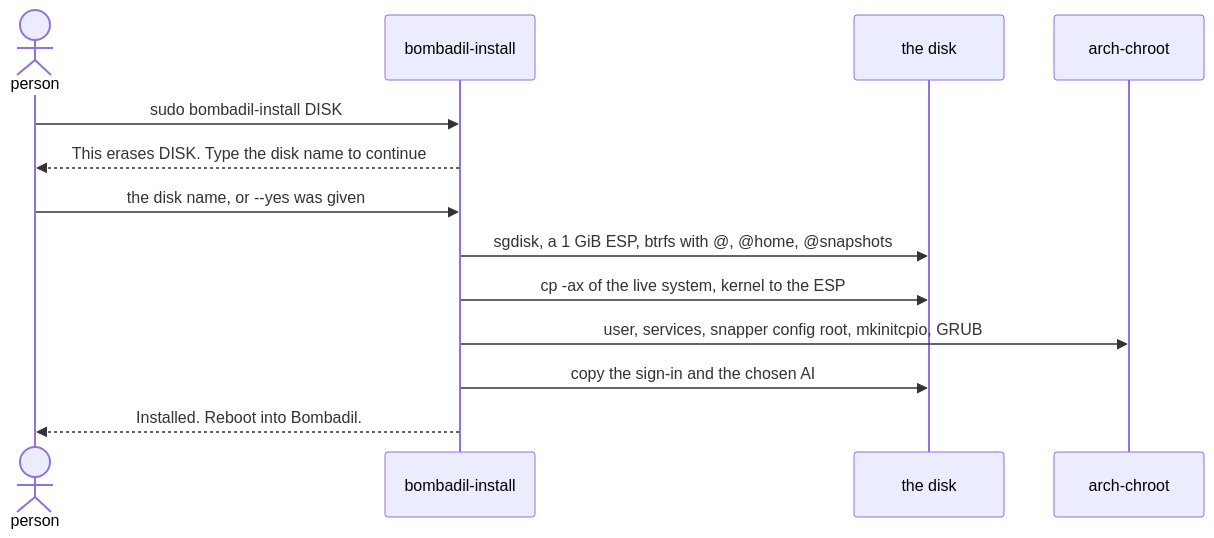
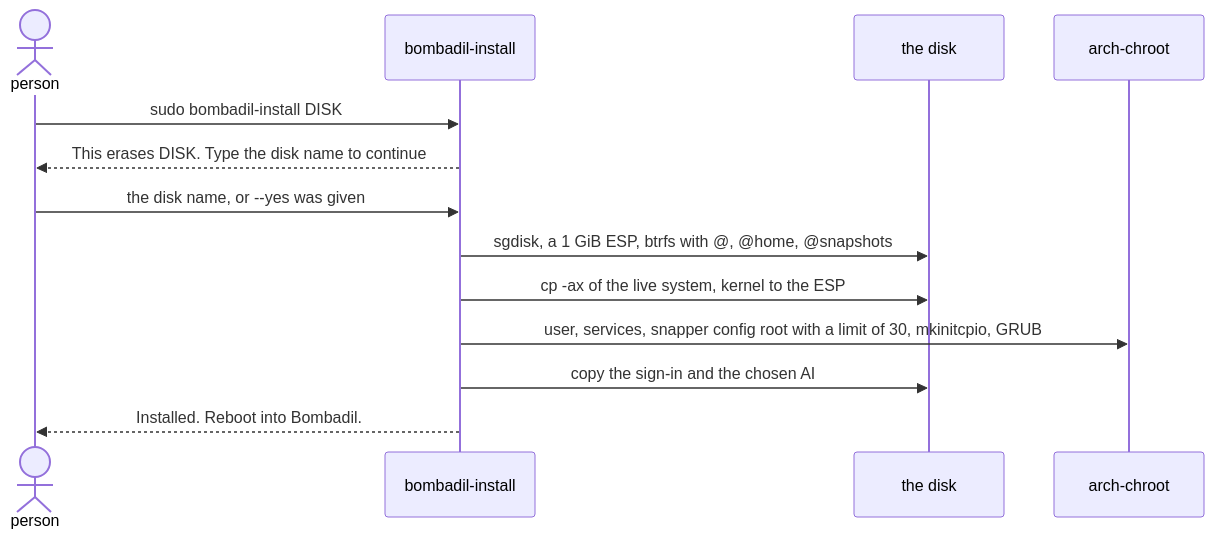
Before and after one commit to thedefaultman/Bombadil: diagram 13 of 16 in docs/ux/flows.md, drawn with Mermaid. The commit also changed other lines of this file and 31 other files, not shown here.

````diff
--- a/docs/ux/flows.md
+++ b/docs/ux/flows.md
@@ -599,15 +620,15 @@
 ```mermaid
 sequenceDiagram
     actor U as person
     participant I as bombadil-install
     participant D as the disk
     participant C as arch-chroot
     U->>I: sudo bombadil-install DISK
     I-->>U: This erases DISK. Type the disk name to continue
     U->>I: the disk name, or --yes was given
     I->>D: sgdisk, a 1 GiB ESP, btrfs with @, @home, @snapshots
     I->>D: cp -ax of the live system, kernel to the ESP
-    I->>C: user, services, snapper config root, mkinitcpio, GRUB
+    I->>C: user, services, snapper config root with a limit of 30, mkinitcpio, GRUB
     I->>D: copy the sign-in and the chosen AI
     I-->>U: Installed. Reboot into Bombadil.
 ```
````
